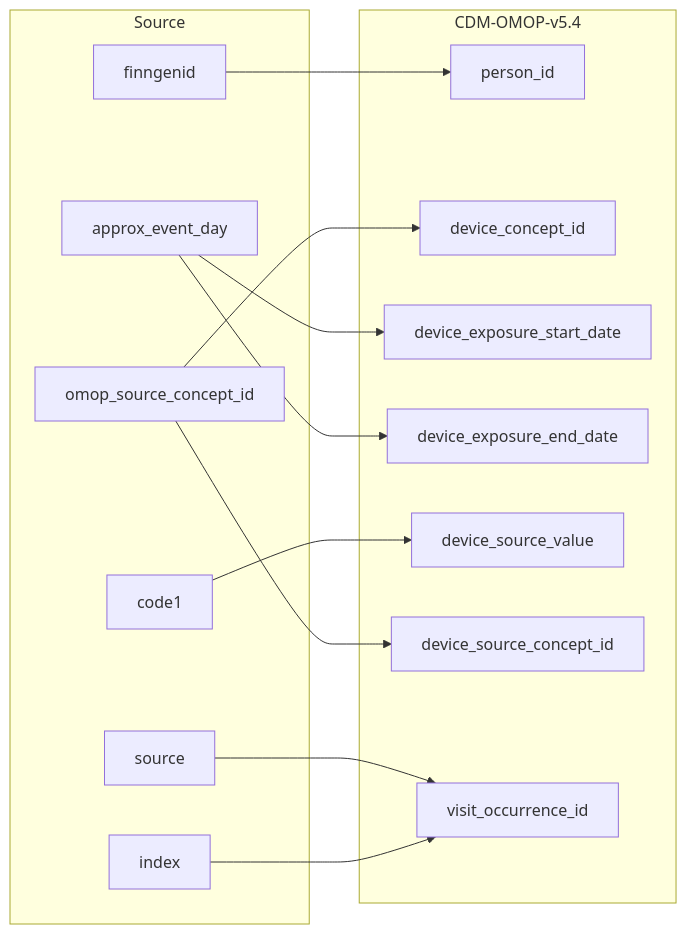
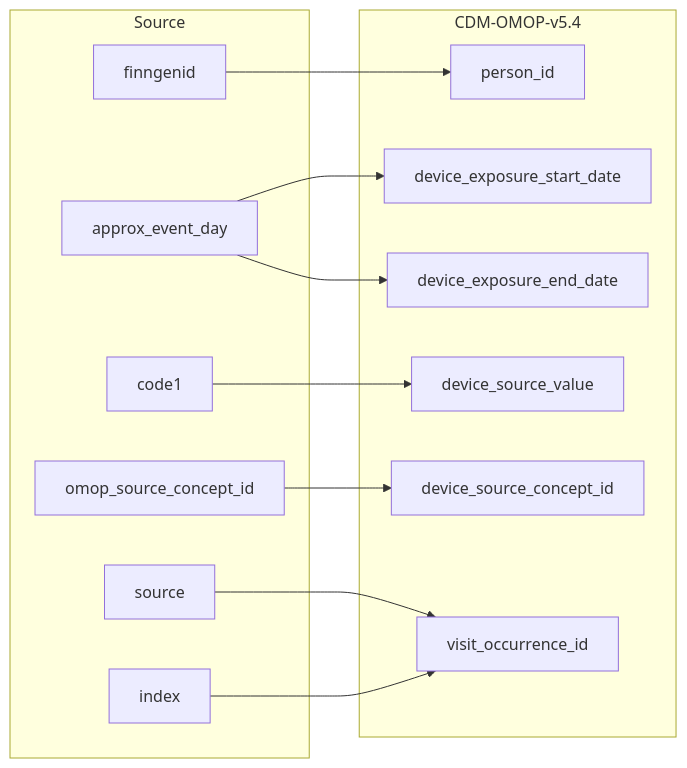
One commit to FINNGEN/ETL changed the diagram in 2_etl_specifications/documentation/device_exposure.md. Above: the diagram before and after it, drawn with Mermaid. The commit also changed other lines of this file and 10 other files, not shown here.

````diff
--- a/2_etl_specifications/documentation/device_exposure.md
+++ b/2_etl_specifications/documentation/device_exposure.md
@@ -5,30 +5,28 @@
 ```mermaid
 flowchart LR
     subgraph Source
         finngenid
         source
         approx_event_day
         code1
         index
         omop_source_concept_id
     end
 
     subgraph CDM-OMOP-v5.4
         person_id
-        device_concept_id
         device_exposure_start_date
         device_exposure_end_date
         device_source_value
         device_source_concept_id
         visit_occurrence_id
     end
 
     finngenid-->person_id
-    omop_source_concept_id-->device_concept_id
     approx_event_day-->device_exposure_start_date
     approx_event_day-->device_exposure_end_date
     source-->visit_occurrence_id
     index-->visit_occurrence_id
     code1-->device_source_value
     omop_source_concept_id-->device_source_concept_id
 ```
````
